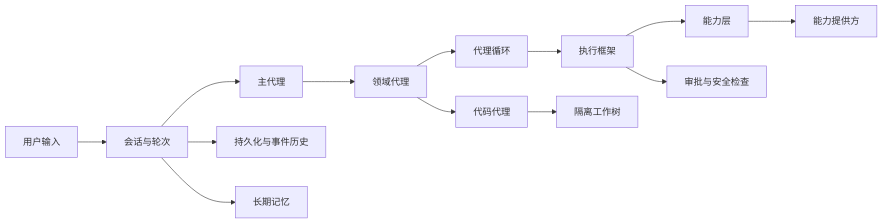
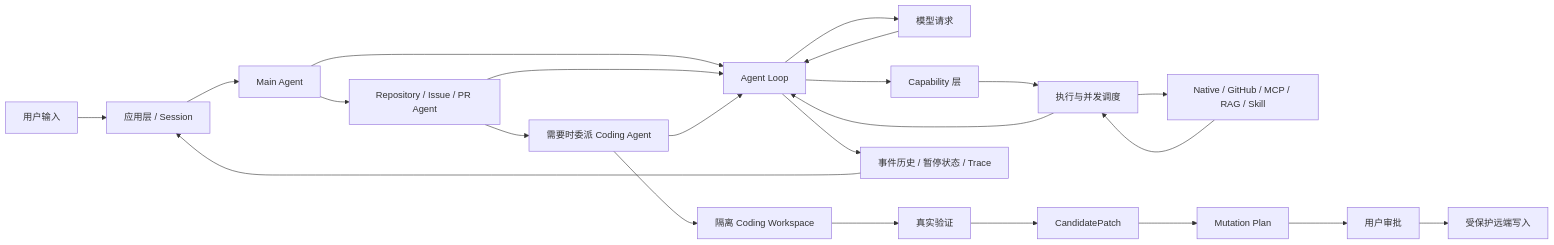
The diagram in docs/README.md (Arthur999459up/GitAgent), drawn with Mermaid before and after one commit. The commit also changed other lines of this file and 29 other files, not shown here.

````diff
--- a/docs/README.md
+++ b/docs/README.md
@@ -22,15 +20,25 @@
 ```mermaid
 flowchart LR
-    U[用户输入] --> S[会话与轮次]
-    S --> M[主代理]
-    M --> D[领域代理]
-    D --> L[代理循环]
-    L --> H[执行框架]
-    H --> C[能力层]
-    C --> P[能力提供方]
-    D --> K[代码代理]
-    K --> W[隔离工作树]
-    H --> A[审批与安全检查]
-    S --> E[持久化与事件历史]
-    S --> MEM[长期记忆]
+    U[用户输入] --> APP[应用层 / Session]
+    APP --> MAIN[Main Agent]
+    MAIN --> DOMAIN[Repository / Issue / PR Agent]
+    DOMAIN --> CODE[需要时委派 Coding Agent]
+    MAIN --> LOOP[Agent Loop]
+    DOMAIN --> LOOP
+    CODE --> LOOP
+    LOOP --> MODEL[模型请求]
+    MODEL --> LOOP
+    LOOP --> CAP[Capability 层]
+    CAP --> EXEC[执行与并发调度]
+    EXEC --> TOOL[Native / GitHub / MCP / RAG / Skill]
+    TOOL --> EXEC
+    EXEC --> LOOP
+    CODE --> WS[隔离 Coding Workspace]
+    WS --> VERIFY[真实验证]
+    VERIFY --> CAND[CandidatePatch]
+    CAND --> PLAN[Mutation Plan]
+    PLAN --> APPROVAL[用户审批]
+    APPROVAL --> REMOTE[受保护远端写入]
+    LOOP --> STATE[事件历史 / 暂停状态 / Trace]
+    STATE --> APP
 ```
````
